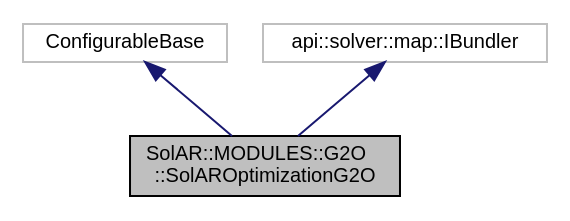
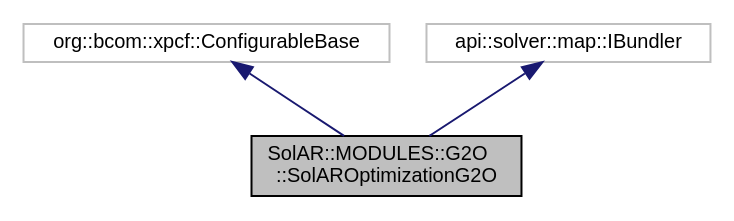
Before and after one commit to SolarFramework/solarframework.github.io: the diagram in api_module_documentation/class_sol_a_r_1_1_m_o_d_u_l_e_s_1_1_g2_o_1_1_sol_a_r_optimization_g2_o__inherit__graph.dot, drawn with Graphviz. The commit also changed 784 other files, not shown here.

```diff
--- a/api_module_documentation/class_sol_a_r_1_1_m_o_d_u_l_e_s_1_1_g2_o_1_1_sol_a_r_optimization_g2_o__inherit__graph.dot
+++ b/api_module_documentation/class_sol_a_r_1_1_m_o_d_u_l_e_s_1_1_g2_o_1_1_sol_a_r_optimization_g2_o__inherit__graph.dot
@@ -1,10 +1,11 @@
 digraph "SolAR::MODULES::G2O::SolAROptimizationG2O"
 {
+ // LATEX_PDF_SIZE
   edge [fontname="Helvetica",fontsize="10",labelfontname="Helvetica",labelfontsize="10"];
   node [fontname="Helvetica",fontsize="10",shape=record];
-  Node0 [label="SolAR::MODULES::G2O\l::SolAROptimizationG2O",height=0.2,width=0.4,color="black", fillcolor="grey75", style="filled", fontcolor="black"];
-  Node1 -> Node0 [dir="back",color="midnightblue",fontsize="10",style="solid",fontname="Helvetica"];
-  Node1 [label="ConfigurableBase",height=0.2,width=0.4,color="grey75", fillcolor="white", style="filled"];
-  Node2 -> Node0 [dir="back",color="midnightblue",fontsize="10",style="solid",fontname="Helvetica"];
-  Node2 [label="api::solver::map::IBundler",height=0.2,width=0.4,color="grey75", fillcolor="white", style="filled"];
+  Node1 [label="SolAR::MODULES::G2O\l::SolAROptimizationG2O",height=0.2,width=0.4,color="black", fillcolor="grey75", style="filled", fontcolor="black",tooltip="Bundle adjustment optimization. UUID: 870d89ba-bb5f-460a-a817-1fcb6473df70"];
+  Node2 -> Node1 [dir="back",color="midnightblue",fontsize="10",style="solid",fontname="Helvetica"];
+  Node2 [label="org::bcom::xpcf::ConfigurableBase",height=0.2,width=0.4,color="grey75", fillcolor="white", style="filled",tooltip=" "];
+  Node3 -> Node1 [dir="back",color="midnightblue",fontsize="10",style="solid",fontname="Helvetica"];
+  Node3 [label="api::solver::map::IBundler",height=0.2,width=0.4,color="grey75", fillcolor="white", style="filled",tooltip=" "];
 }
```
